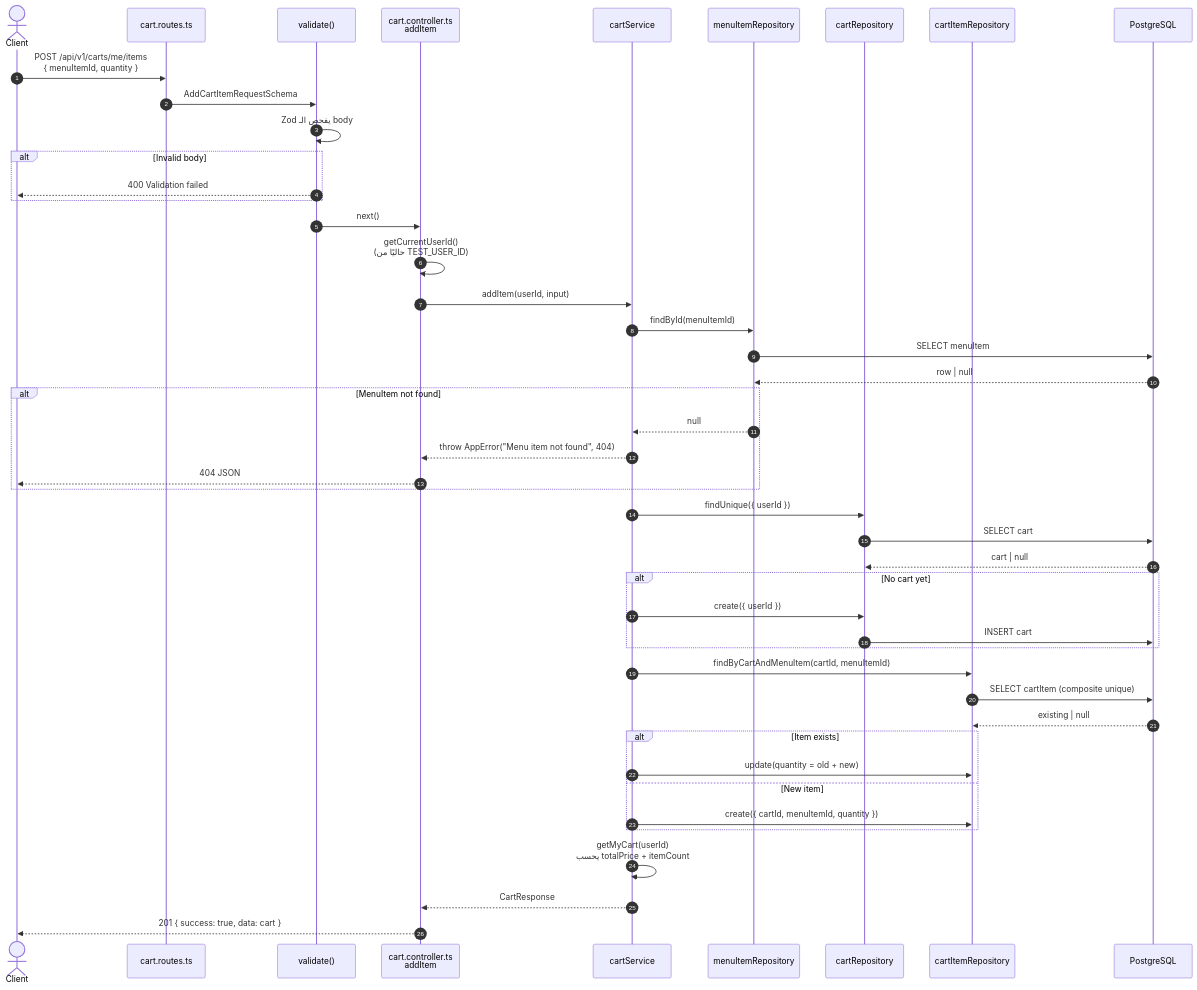
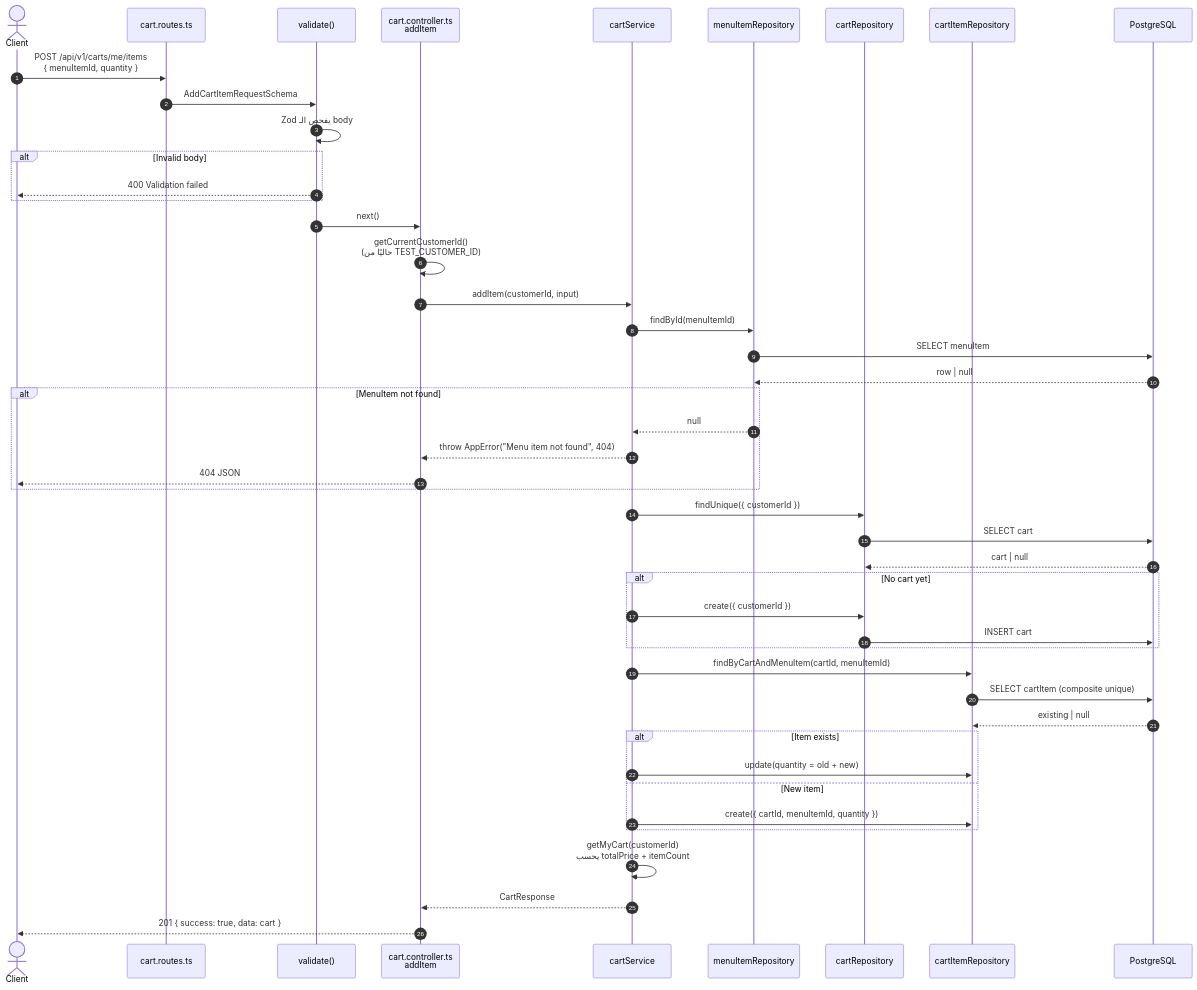
Before and after one commit to Foodlify/Group-2-Team-1: the sixth of 8 diagrams in docs/ARCHITECTURE.md, drawn with Mermaid. The commit also changed other lines of this file and 5 other files, not shown here.

Commit message:
refactor: update environment variable from TEST_USER_ID to TEST_CUSTOMER_ID; adjust related documentation and code references

````diff
--- a/docs/ARCHITECTURE.md
+++ b/docs/ARCHITECTURE.md
@@ -266,58 +266,58 @@
 ```mermaid
 sequenceDiagram
     autonumber
     actor Client
     participant Router as cart.routes.ts
     participant Validate as validate()
     participant Ctrl as cart.controller.ts<br/>addItem
     participant Svc as cartService
     participant MIRepo as menuItemRepository
     participant CRepo as cartRepository
     participant CIRepo as cartItemRepository
     participant DB as PostgreSQL
 
     Client->>Router: POST /api/v1/carts/me/items<br/>{ menuItemId, quantity }
     Router->>Validate: AddCartItemRequestSchema
     Validate->>Validate: Zod يفحص الـ body
 
     alt Invalid body
         Validate-->>Client: 400 Validation failed
     end
 
     Validate->>Ctrl: next()
-    Ctrl->>Ctrl: getCurrentUserId()<br/>(حاليًا من TEST_USER_ID)
-    Ctrl->>Svc: addItem(userId, input)
+    Ctrl->>Ctrl: getCurrentCustomerId()<br/>(حاليًا من TEST_CUSTOMER_ID)
+    Ctrl->>Svc: addItem(customerId, input)
 
     Svc->>MIRepo: findById(menuItemId)
     MIRepo->>DB: SELECT menuItem
     DB-->>MIRepo: row | null
 
     alt MenuItem not found
         MIRepo-->>Svc: null
         Svc-->>Ctrl: throw AppError("Menu item not found", 404)
         Ctrl-->>Client: 404 JSON
     end
 
-    Svc->>CRepo: findUnique({ userId })
+    Svc->>CRepo: findUnique({ customerId })
     CRepo->>DB: SELECT cart
     DB-->>CRepo: cart | null
 
     alt No cart yet
-        Svc->>CRepo: create({ userId })
+        Svc->>CRepo: create({ customerId })
         CRepo->>DB: INSERT cart
     end
 
     Svc->>CIRepo: findByCartAndMenuItem(cartId, menuItemId)
     CIRepo->>DB: SELECT cartItem (composite unique)
     DB-->>CIRepo: existing | null
 
     alt Item exists
         Svc->>CIRepo: update(quantity = old + new)
     else New item
         Svc->>CIRepo: create({ cartId, menuItemId, quantity })
     end
 
-    Svc->>Svc: getMyCart(userId)<br/>يحسب totalPrice + itemCount
+    Svc->>Svc: getMyCart(customerId)<br/>يحسب totalPrice + itemCount
     Svc-->>Ctrl: CartResponse
     Ctrl-->>Client: 201 { success: true, data: cart }
 ```
````
